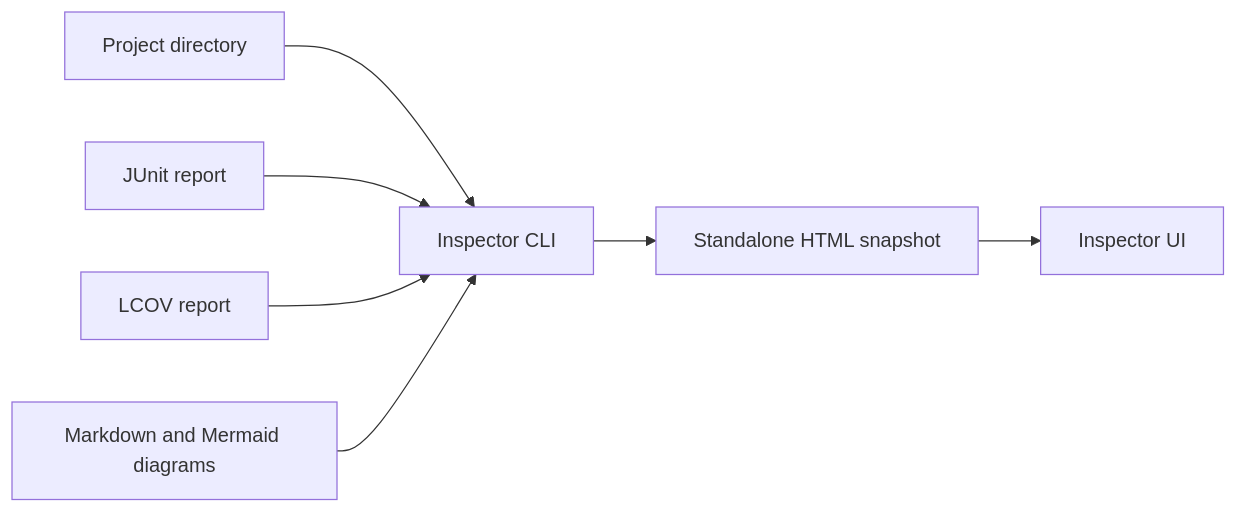
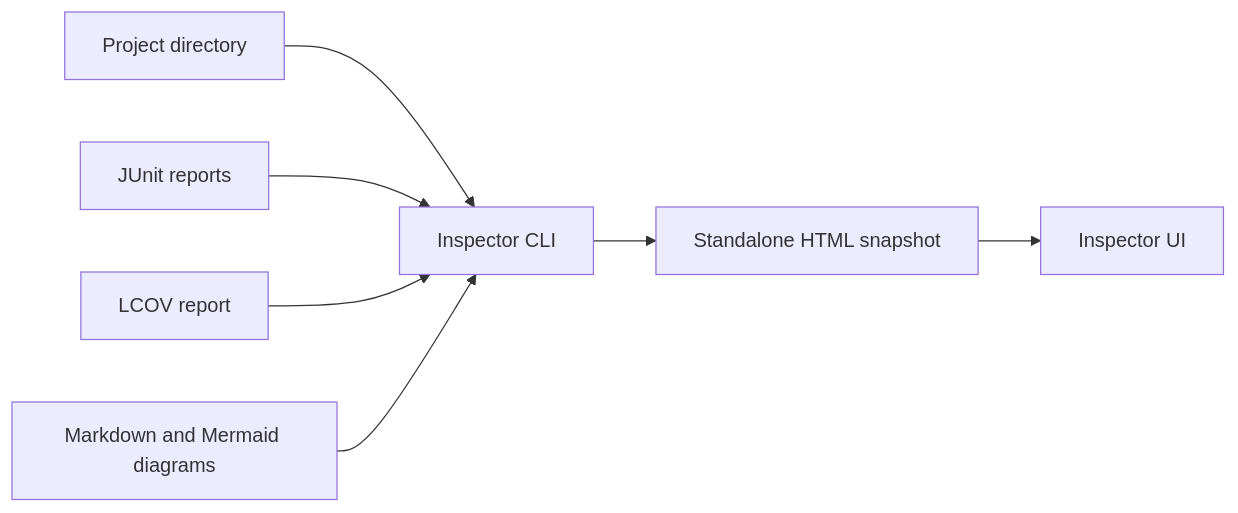
Before and after one commit to ManuelSelch/pi-verify: the diagram in docs/inspector-architecture.md, drawn with Mermaid. The commit also changed other lines of this file and 12 other files, not shown here.

Commit message:
feat(inspector): aggregate JUnit reports with provenance

````diff
--- a/docs/inspector-architecture.md
+++ b/docs/inspector-architecture.md
@@ -5,9 +5,9 @@
 ```mermaid
 flowchart LR
   project["Project directory"] --> cli["Inspector CLI"]
-  junit["JUnit report"] --> cli
+  junit["JUnit reports"] --> cli
   lcov["LCOV report"] --> cli
   markdown["Markdown and Mermaid diagrams"] --> cli
   cli --> snapshot["Standalone HTML snapshot"]
   snapshot --> ui["Inspector UI"]
 ```
````
